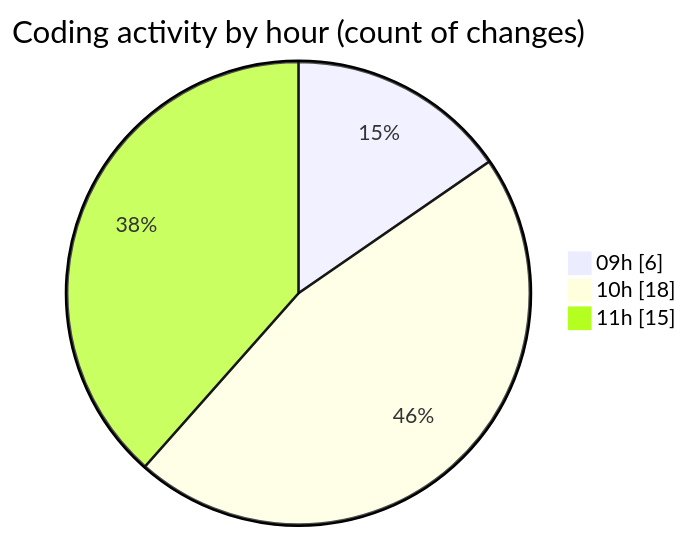
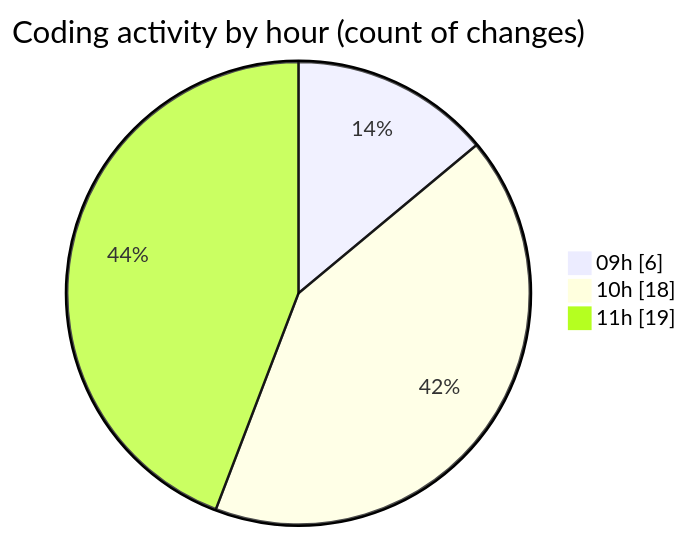
Before and after one commit to momahboobian/code-tracking: the second of 2 diagrams in 2025-06-20/cda/README.md, drawn with Mermaid. The commit also changed other lines of this file and 1 other file, not shown here.

````diff
--- a/2025-06-20/cda/README.md
+++ b/2025-06-20/cda/README.md
@@ -46,7 +47,7 @@
 ```mermaid
 pie showData
 title Coding activity by hour (count of changes)
 "09h" : 6
 "10h" : 18
-"11h" : 15
+"11h" : 19
 ```
````
